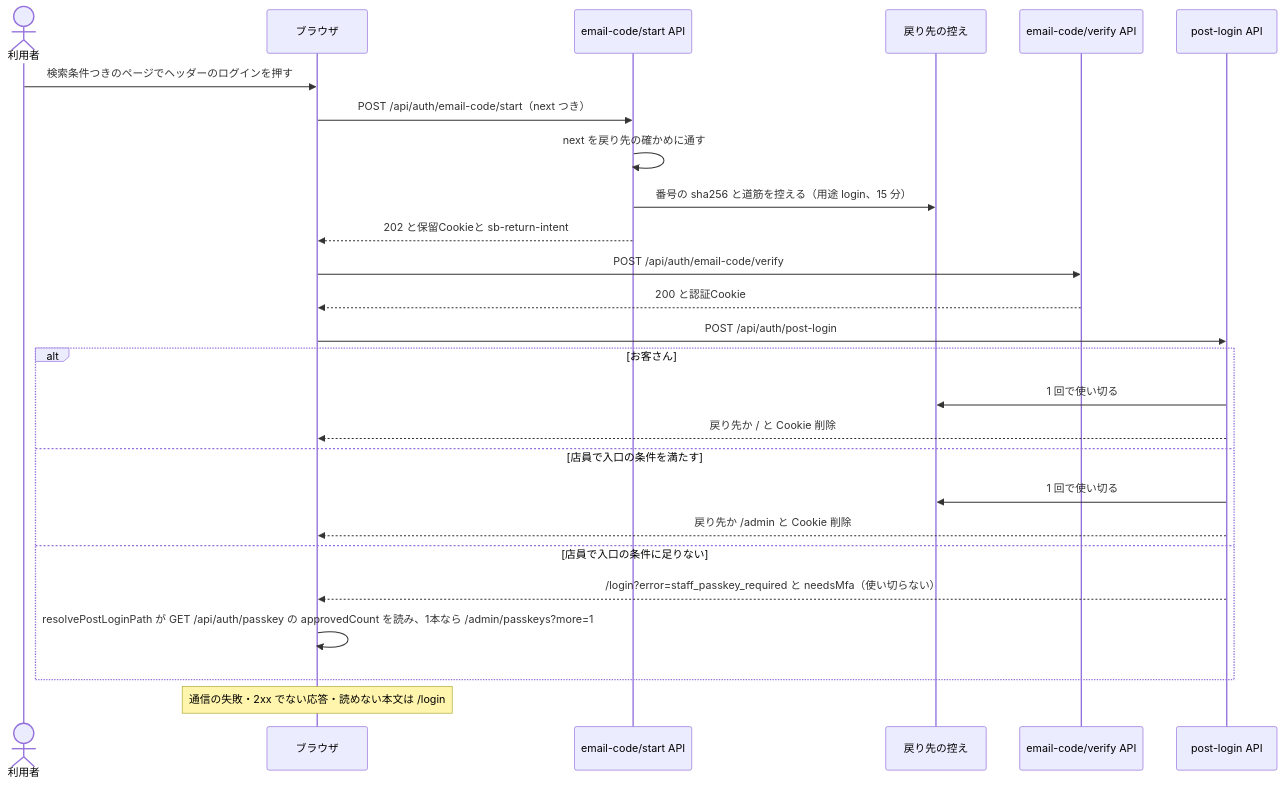
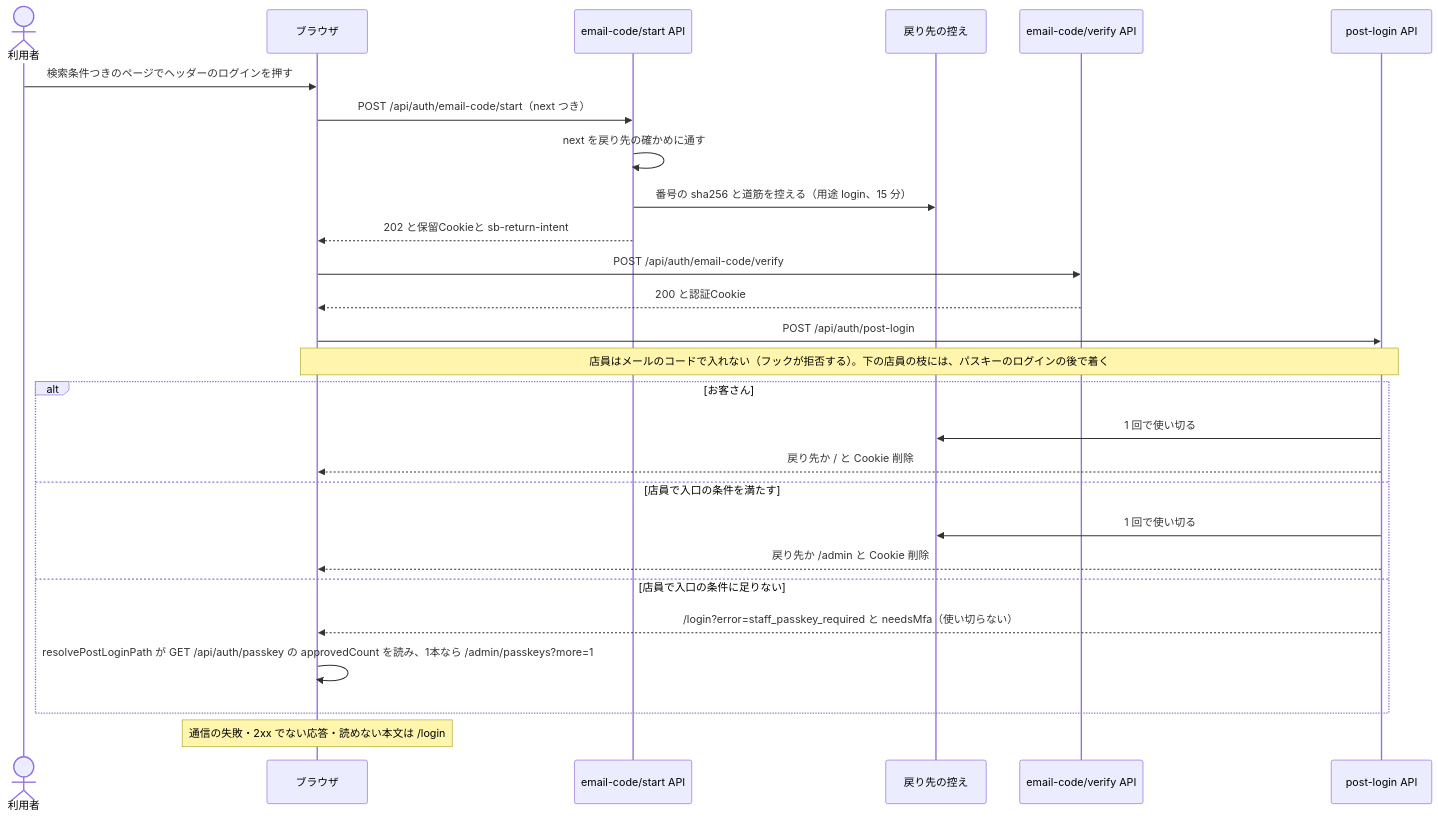
The diagram in docs/04_DetailDesign/sequence/auth-login-mfa.md (ChocoWork/o_official), drawn with Mermaid before and after one commit. The commit also changed 4 other files, not shown here.

````diff
--- a/docs/04_DetailDesign/sequence/auth-login-mfa.md
+++ b/docs/04_DetailDesign/sequence/auth-login-mfa.md
@@ -32,28 +32,29 @@
 ```mermaid
 sequenceDiagram
   actor User as 利用者
   participant UI as ブラウザ
   participant Start as email-code/start API
   participant Store as 戻り先の控え
   participant Verify as email-code/verify API
   participant Post as post-login API
   User->>UI: 検索条件つきのページでヘッダーのログインを押す
   UI->>Start: POST /api/auth/email-code/start（next つき）
   Start->>Start: next を戻り先の確かめに通す
   Start->>Store: 番号の sha256 と道筋を控える（用途 login、15 分）
   Start-->>UI: 202 と保留Cookieと sb-return-intent
   UI->>Verify: POST /api/auth/email-code/verify
   Verify-->>UI: 200 と認証Cookie
   UI->>Post: POST /api/auth/post-login
+  Note over UI,Post: 店員はメールのコードで入れない（フックが拒否する）。下の店員の枝には、パスキーのログインの後で着く
   alt お客さん
     Post->>Store: 1 回で使い切る
     Post-->>UI: 戻り先か / と Cookie 削除
   else 店員で入口の条件を満たす
     Post->>Store: 1 回で使い切る
     Post-->>UI: 戻り先か /admin と Cookie 削除
   else 店員で入口の条件に足りない
     Post-->>UI: /login?error=staff_passkey_required と needsMfa（使い切らない）
     UI->>UI: resolvePostLoginPath が GET /api/auth/passkey の approvedCount を読み、1本なら /admin/passkeys?more=1
   end
   Note over UI: 通信の失敗・2xx でない応答・読めない本文は /login
 ```
````
